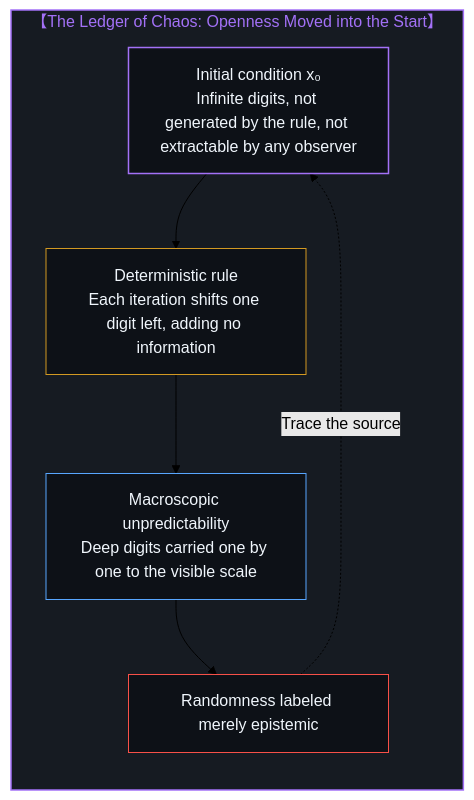
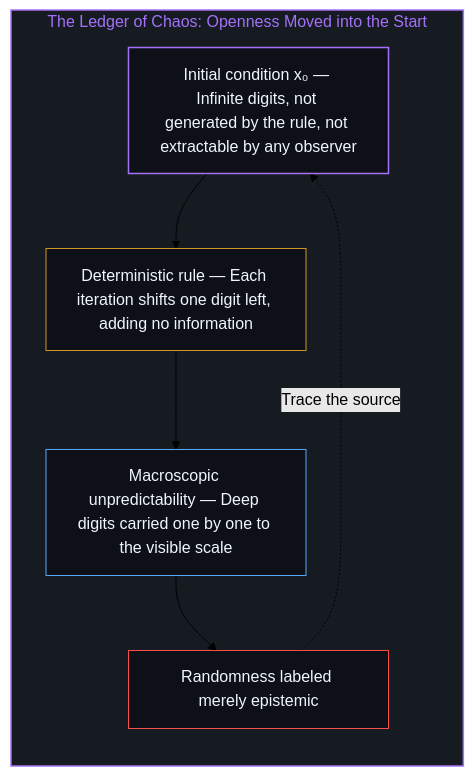
Before and after one commit to powerpig99/not-a-toe: the fourth of 10 diagrams in content/posts/fixed-by-nothing.md, drawn with Mermaid (forest theme). The commit also changed other lines of this file and 3 other files, not shown here.

````diff
--- a/content/posts/fixed-by-nothing.md
+++ b/content/posts/fixed-by-nothing.md
@@ -97,15 +97,15 @@
 ```mermaid
-graph TD
-    subgraph S_ChaosLedger_EN ["【The Ledger of Chaos: Openness Moved into the Start】"]
+flowchart TD
+    subgraph S_ChaosLedger ["The Ledger of Chaos: Openness Moved into the Start"]
         direction TB
-        KE1["Initial condition x₀<br/>Infinite digits, not generated by the rule, not extractable by any observer"] --> KE2["Deterministic rule<br/>Each iteration shifts one digit left, adding no information"]
-        KE2 --> KE3["Macroscopic unpredictability<br/>Deep digits carried one by one to the visible scale"]
-        KE3 --> KE4["Randomness labeled merely epistemic"]
-        KE4 -. "Trace the source" .-> KE1
+        K1["Initial condition x₀ — Infinite digits, not generated by the rule, not extractable by any observer"] --> K2["Deterministic rule — Each iteration shifts one digit left, adding no information"]
+        K2 --> K3["Macroscopic unpredictability — Deep digits carried one by one to the visible scale"]
+        K3 --> K4["Randomness labeled merely epistemic"]
+        K4 -. "Trace the source" .-> K1
     end
-    style S_ChaosLedger_EN fill:#161b22,stroke:#a371f7,stroke-width:1.5px,color:#a371f7
-    style KE1 fill:#0d1117,stroke:#a371f7,stroke-width:1.5px,color:#f0f6fc
-    style KE2 fill:#0d1117,stroke:#d29922,stroke-width:1px,color:#f0f6fc
-    style KE3 fill:#0d1117,stroke:#58a6ff,stroke-width:1px,color:#f0f6fc
-    style KE4 fill:#0d1117,stroke:#f85149,stroke-width:1px,color:#f0f6fc
+    style S_ChaosLedger fill:#161b22,stroke:#a371f7,stroke-width:1.5px,color:#a371f7
+    style K1 fill:#0d1117,stroke:#a371f7,stroke-width:1.5px,color:#f0f6fc
+    style K2 fill:#0d1117,stroke:#d29922,stroke-width:1px,color:#f0f6fc
+    style K3 fill:#0d1117,stroke:#58a6ff,stroke-width:1px,color:#f0f6fc
+    style K4 fill:#0d1117,stroke:#f85149,stroke-width:1px,color:#f0f6fc
 ```
````
